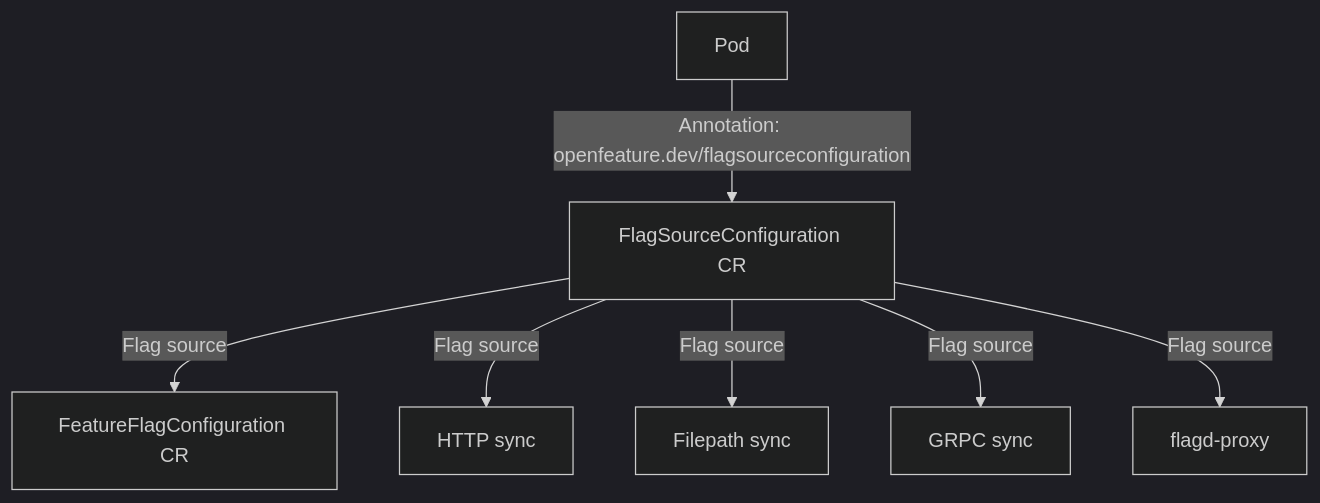
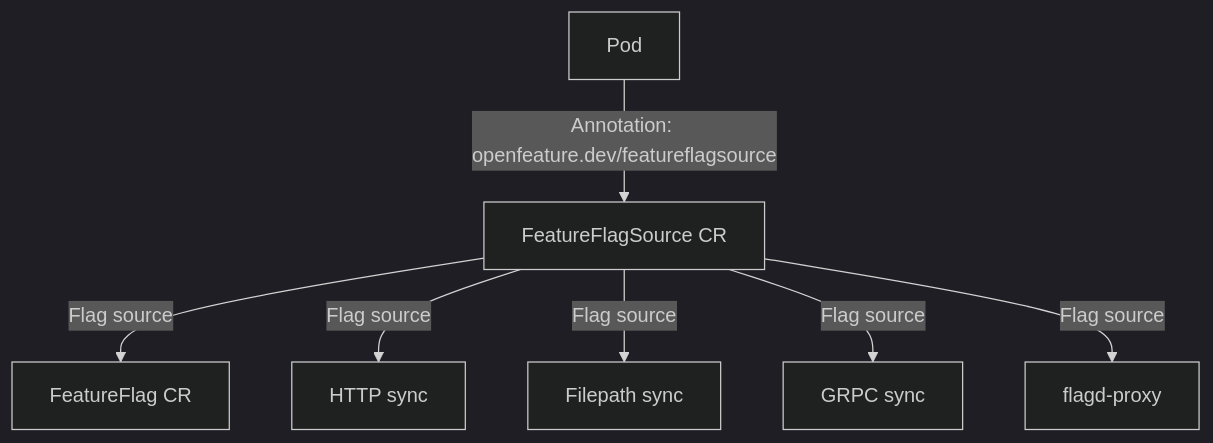
The diagram in docs/README.md (open-feature/open-feature-operator), drawn with Mermaid (dark theme) before and after one commit. The commit also changed other lines of this file and 10 other files, not shown here.

````diff
--- a/docs/README.md
+++ b/docs/README.md
@@ -19,9 +19,9 @@
 ```mermaid
 flowchart TD
-    A[Pod]-->|Annotation: openfeature.dev/flagsourceconfiguration| B[FlagSourceConfiguration CR]
-    B--> |Flag source| C[FeatureFlagConfiguration CR]
+    A[Pod]-->|Annotation: openfeature.dev/featureflagsource| B[FeatureFlagSource CR]
+    B--> |Flag source| C[FeatureFlag CR]
     B--> |Flag source| D[HTTP sync]
     B--> |Flag source| E[Filepath sync]
     B--> |Flag source| F[GRPC sync]
     B--> |Flag source| G[flagd-proxy]
 ```
````
